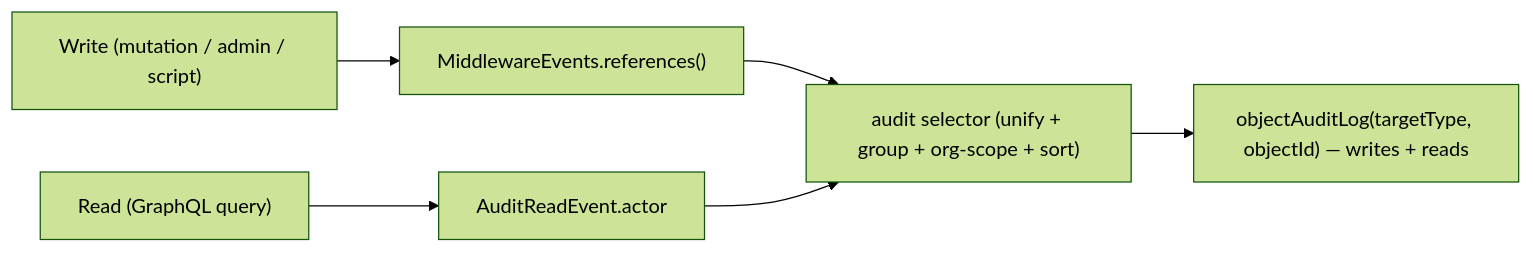
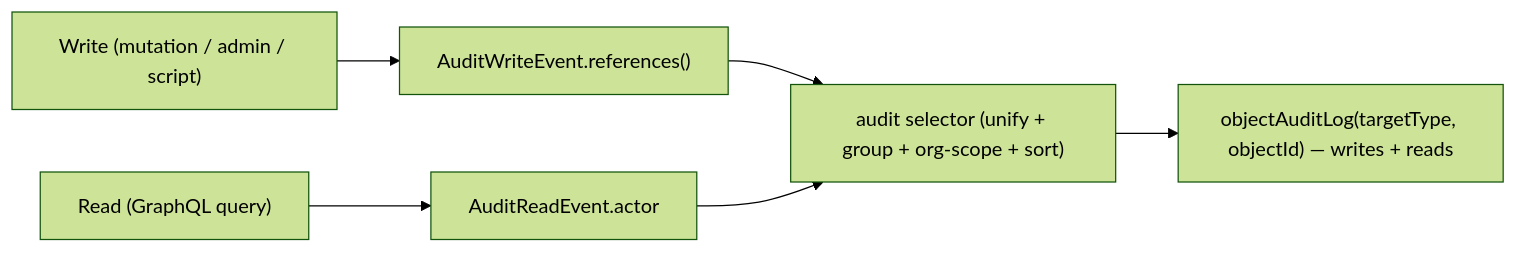
One commit to BetterAngelsLA/monorepo changed the second of 3 diagrams in docs/adr/0004-shelter-audit-log.md. Above: the diagram before and after it, drawn with Mermaid (forest theme). The commit also changed other lines of this file and 21 other files, not shown here.

````diff
--- a/docs/adr/0004-shelter-audit-log.md
+++ b/docs/adr/0004-shelter-audit-log.md
@@ -1665,8 +1781,8 @@
 ```mermaid
 flowchart LR
-  write["Write (mutation / admin / script)"] --> pg["MiddlewareEvents.references()"]
+  write["Write (mutation / admin / script)"] --> pg["AuditWriteEvent.references()"]
   read["Read (GraphQL query)"] --> ae["AuditReadEvent.actor"]
   pg --> selector["audit selector (unify + group + org-scope + sort)"]
   ae --> selector
   selector --> q1["objectAuditLog(targetType, objectId) — writes + reads"]
 ```
````
